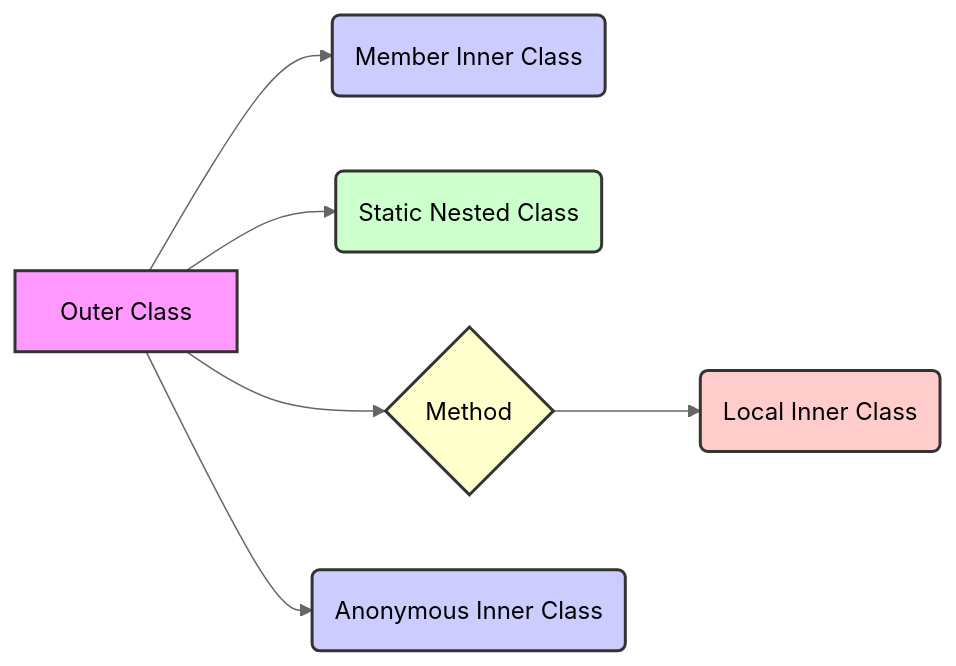
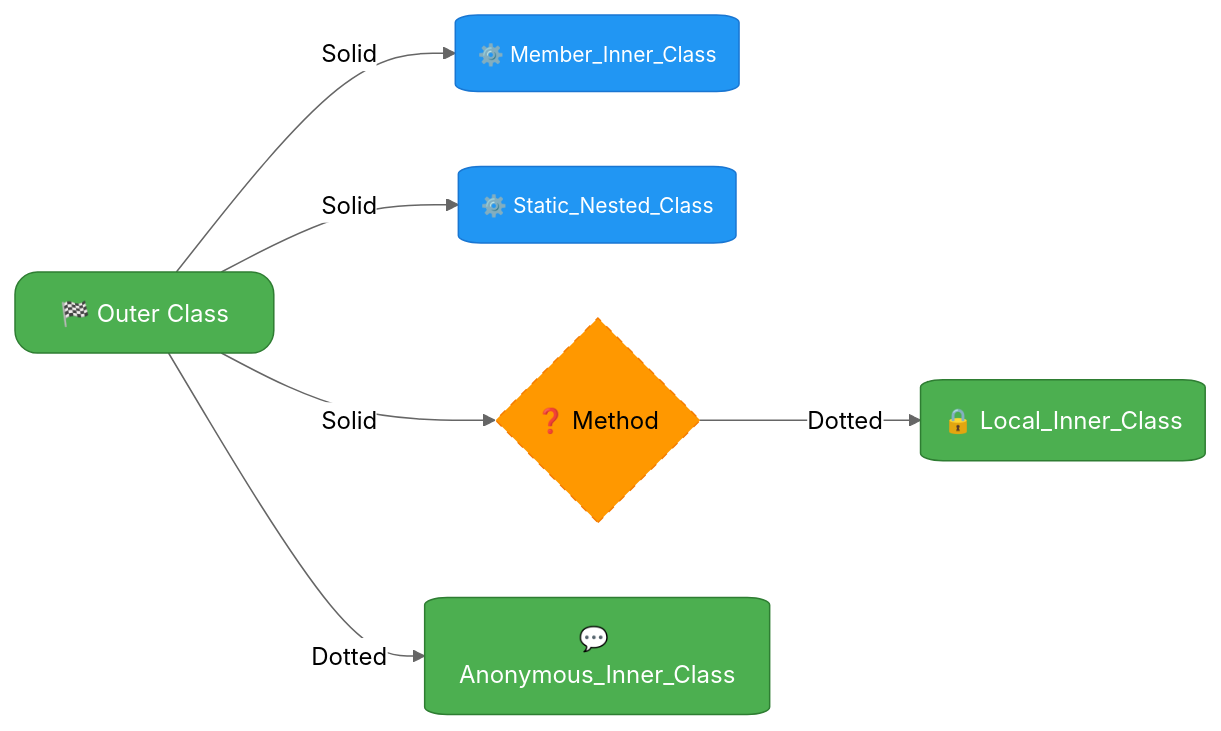
Before and after one commit to infoyouth/infoyouth.github.io: the fifth of 6 diagrams in _posts/2024-12-19-09.-classes-of-java.md, drawn with Mermaid (neutral theme). The commit also changed other lines of this file and 1 other file, not shown here.

````diff
--- a/_posts/2024-12-19-09.-classes-of-java.md
+++ b/_posts/2024-12-19-09.-classes-of-java.md
@@ -420,14 +491,19 @@
 ```mermaid
 graph LR
-    A[Outer Class] --> B(Member Inner Class);
-    A --> C(Static Nested Class);
-    A --> D{Method}
-    D --> E(Local Inner Class);
-    A --> F(Anonymous Inner Class);
-    style A fill:#f9f,stroke:#333,stroke-width:2px
-    style B fill:#ccf,stroke:#333,stroke-width:2px
-    style C fill:#cfc,stroke:#333,stroke-width:2px
-    style D fill:#ffc,stroke:#333,stroke-width:2px
-    style E fill:#fcc,stroke:#333,stroke-width:2px
-    style F fill:#ccf,stroke:#333,stroke-width:2px
+    A[🏁 Outer Class] -->|Solid| B(⚙️ Member_Inner_Class)
+    A -->|Solid| C(⚙️ Static_Nested_Class)
+    A -->|Solid| D{❓ Method}
+    D -->|Dotted| E(🔒 Local_Inner_Class)
+    A -->|Dotted| F(💬 Anonymous_Inner_Class)
+
+    class A start_end;
+    class B,C process;
+    class D decision;
+    class E,F return_end;
+
+    classDef start_end fill:#4CAF50,stroke:#2E7D32,color:#FFFFFF,font-size:16px,rx:15px;
+    classDef process fill:#2196F3,stroke:#1976D2,color:#FFFFFF,font-size:14px,rx:15px;
+    classDef decision fill:#FF9800,stroke:#F57C00,color:#000000,font-size:16px,stroke-dasharray:5 5;
+    classDef return_end fill:#4CAF50,stroke:#2E7D32,color:#FFFFFF,font-size:16px,rx:15px;
+
 ```
````
